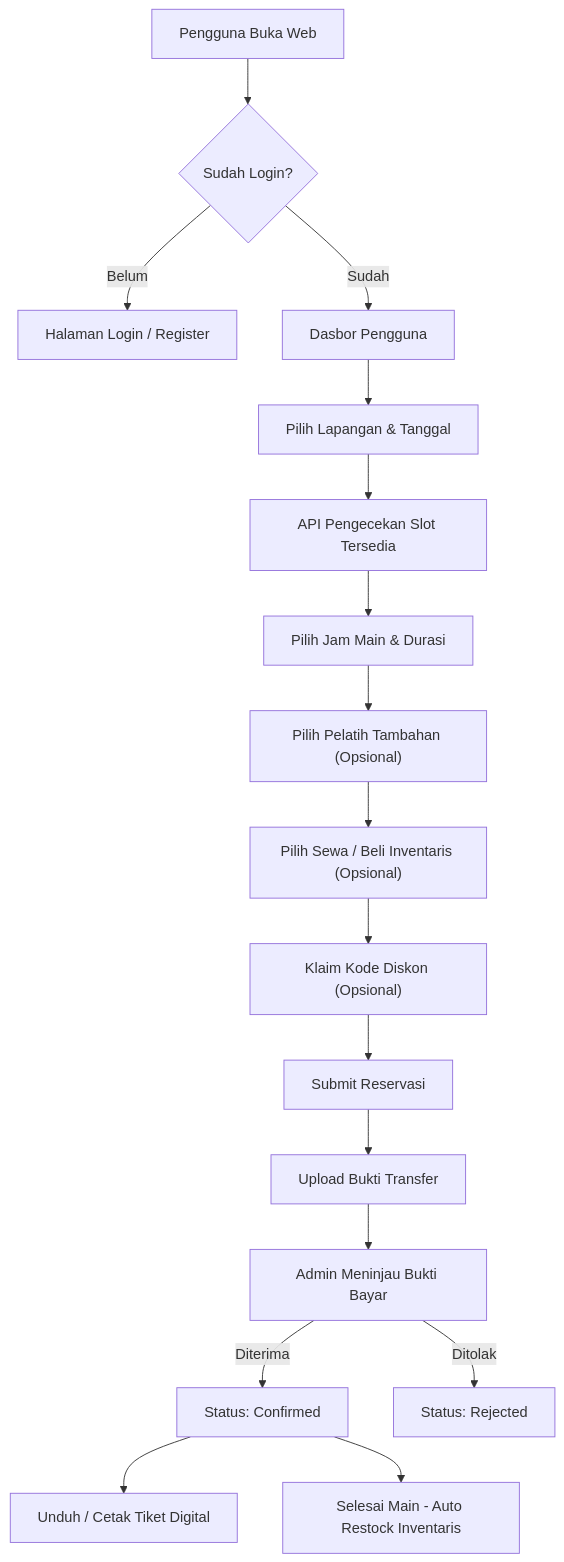
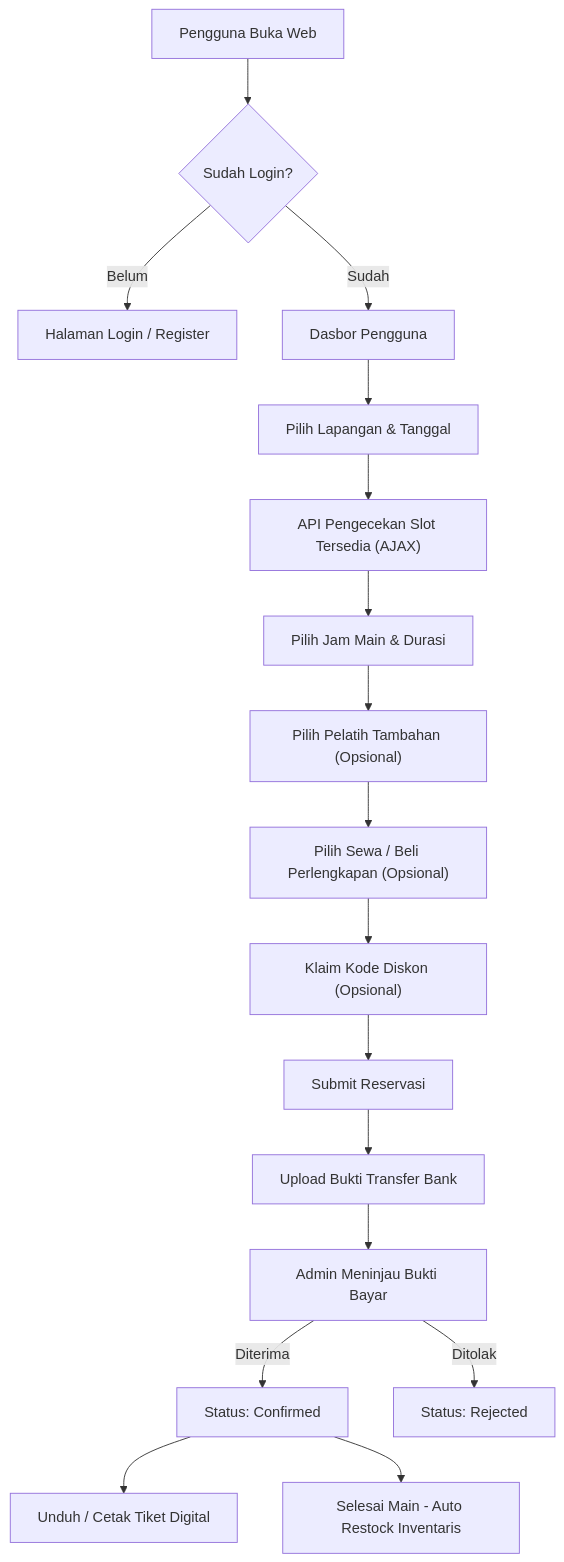
The first of 2 diagrams in README.md (maaafiqs/padel-reservation), drawn with Mermaid before and after one commit. The commit also changed other lines of this file, not shown here.

````diff
--- a/README.md
+++ b/README.md
@@ -56,22 +179,22 @@
 ```mermaid
 flowchart TD
     A["Pengguna Buka Web"] --> B{"Sudah Login?"}
     B -- "Belum" --> C["Halaman Login / Register"]
     B -- "Sudah" --> D["Dasbor Pengguna"]
     
     D --> E["Pilih Lapangan & Tanggal"]
-    E --> F["API Pengecekan Slot Tersedia"]
+    E --> F["API Pengecekan Slot Tersedia (AJAX)"]
     F --> G["Pilih Jam Main & Durasi"]
     G --> H["Pilih Pelatih Tambahan (Opsional)"]
-    H --> I["Pilih Sewa / Beli Inventaris (Opsional)"]
+    H --> I["Pilih Sewa / Beli Perlengkapan (Opsional)"]
     I --> J["Klaim Kode Diskon (Opsional)"]
     J --> K["Submit Reservasi"]
     
-    K --> L["Upload Bukti Transfer"]
+    K --> L["Upload Bukti Transfer Bank"]
     L --> M["Admin Meninjau Bukti Bayar"]
     M -- "Diterima" --> N["Status: Confirmed"]
     M -- "Ditolak" --> O["Status: Rejected"]
     
     N --> P["Unduh / Cetak Tiket Digital"]
     N --> Q["Selesai Main - Auto Restock Inventaris"]
 ```
````
